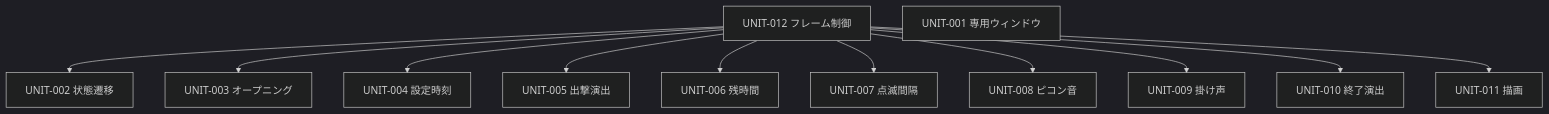
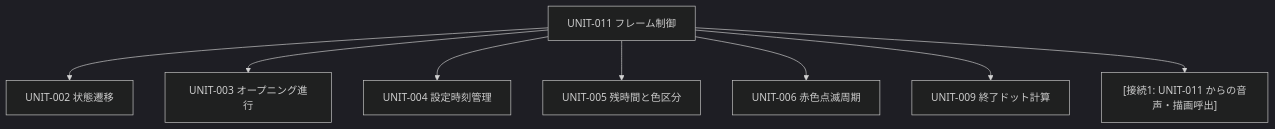
One commit to yamaPiT/ColorBeaconTimer changed the second of 6 diagrams in docs/artifacts/SW205_ソフトウェアアーキテクチャ設計書.md. Above: the diagram before and after it, drawn with Mermaid (dark theme). The commit also changed other lines of this file and 90 other files, not shown here.

````diff
--- a/docs/artifacts/SW205_ソフトウェアアーキテクチャ設計書.md
+++ b/docs/artifacts/SW205_ソフトウェアアーキテクチャ設計書.md
@@ -117,14 +117,10 @@
 ```mermaid
 graph TD
-  U012["UNIT-012 フレーム制御"] --> U002["UNIT-002 状態遷移"]
-  U012 --> U003["UNIT-003 オープニング"]
-  U012 --> U004["UNIT-004 設定時刻"]
-  U012 --> U005["UNIT-005 出撃演出"]
-  U012 --> U006["UNIT-006 残時間"]
-  U012 --> U007["UNIT-007 点滅間隔"]
-  U012 --> U008["UNIT-008 ピコン音"]
-  U012 --> U009["UNIT-009 掛け声"]
-  U012 --> U010["UNIT-010 終了演出"]
-  U012 --> U011["UNIT-011 描画"]
-  U001["UNIT-001 専用ウィンドウ"]
+  U011["UNIT-011 フレーム制御"] --> U002["UNIT-002 状態遷移"]
+  U011 --> U003["UNIT-003 オープニング進行"]
+  U011 --> U004["UNIT-004 設定時刻管理"]
+  U011 --> U005["UNIT-005 残時間と色区分"]
+  U011 --> U006["UNIT-006 赤色点滅周期"]
+  U011 --> U009["UNIT-009 終了ドット計算"]
+  U011 --> C1["[接続1: UNIT-011 からの音声・描画呼出]"]
 ```
````
